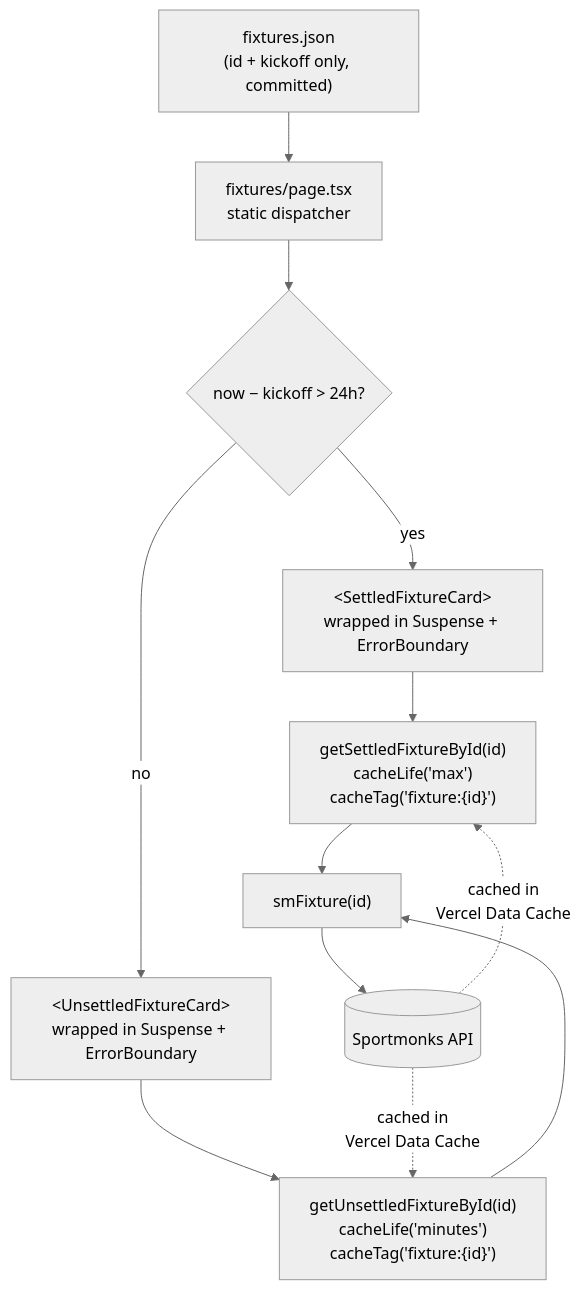
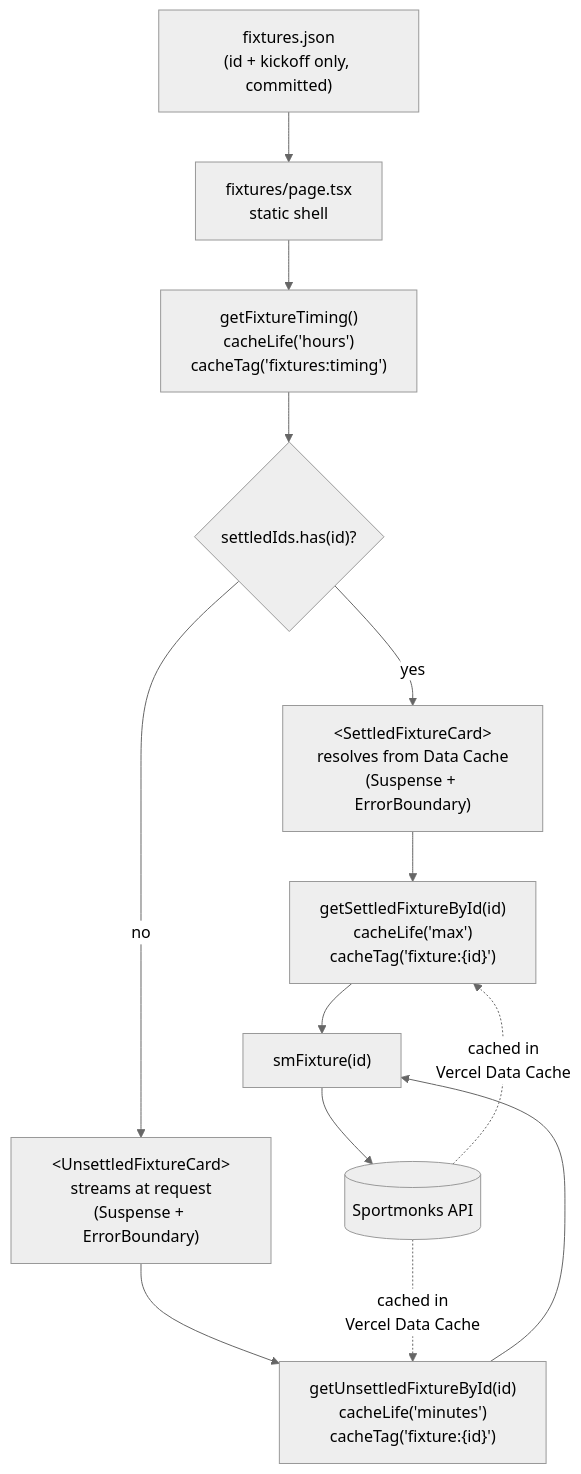
Before and after one commit to arsenalamerica/app: the diagram in docs/adr/005-fixture-index-and-state-aware-caching.md, drawn with Mermaid (neutral theme). The commit also changed other lines of this file and 8 other files, not shown here.

First line of the commit message:
feat(fixtures): PPR shell + cached settled/unsettled cards (#76)

````diff
--- a/docs/adr/005-fixture-index-and-state-aware-caching.md
+++ b/docs/adr/005-fixture-index-and-state-aware-caching.md
@@ -72,14 +80,15 @@
 ```mermaid
 flowchart TD
-    A["fixtures.json<br/>(id + kickoff only, committed)"] --> B["fixtures/page.tsx<br/>static dispatcher"]
-    B --> C{"now − kickoff &gt; 24h?"}
-    C -->|yes| D["&lt;SettledFixtureCard&gt;<br/>wrapped in Suspense + ErrorBoundary"]
-    C -->|no| E["&lt;UnsettledFixtureCard&gt;<br/>wrapped in Suspense + ErrorBoundary"]
+    A["fixtures.json<br/>(id + kickoff only, committed)"] --> B["fixtures/page.tsx<br/>static shell"]
+    B --> T["getFixtureTiming()<br/>cacheLife('hours')<br/>cacheTag('fixtures:timing')"]
+    T --> C{"settledIds.has(id)?"}
+    C -->|yes| D["&lt;SettledFixtureCard&gt;<br/>resolves from Data Cache<br/>(Suspense + ErrorBoundary)"]
+    C -->|no| E["&lt;UnsettledFixtureCard&gt;<br/>streams at request<br/>(Suspense + ErrorBoundary)"]
     D --> F["getSettledFixtureById(id)<br/>cacheLife('max')<br/>cacheTag('fixture:{id}')"]
     E --> G["getUnsettledFixtureById(id)<br/>cacheLife('minutes')<br/>cacheTag('fixture:{id}')"]
     F --> H["smFixture(id)"]
     G --> H
     H --> I[("Sportmonks API")]
     I -.->|cached in<br/>Vercel Data Cache| F
     I -.->|cached in<br/>Vercel Data Cache| G
 ```
````
